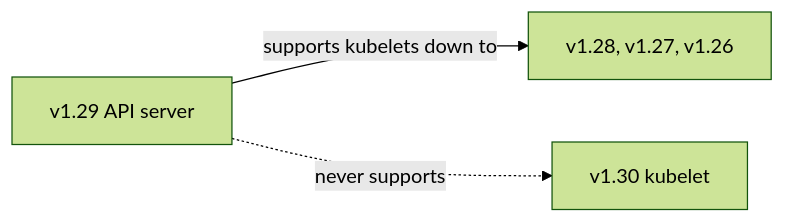
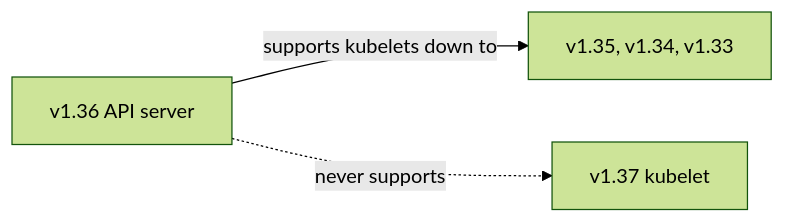
One commit to sameeralam3127/compute-central-docs changed the diagram in docs/kubernetes/cluster-administration/04-cluster-upgrades.md. Above: the diagram before and after it, drawn with Mermaid (forest theme). The commit also changed other lines of this file and 133 other files, not shown here.

````diff
--- a/docs/kubernetes/cluster-administration/04-cluster-upgrades.md
+++ b/docs/kubernetes/cluster-administration/04-cluster-upgrades.md
@@ -37,5 +37,5 @@
 ```mermaid
 flowchart LR
-    A["v1.29 API server"] -->|supports kubelets down to| B["v1.28, v1.27, v1.26"]
-    A -.->|never supports| C["v1.30 kubelet"]
+    A["v1.36 API server"] -->|supports kubelets down to| B["v1.35, v1.34, v1.33"]
+    A -.->|never supports| C["v1.37 kubelet"]
 ```
````
